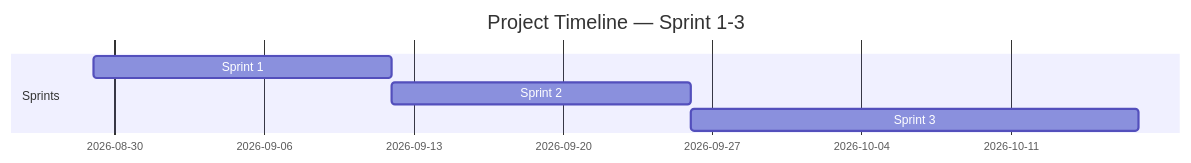
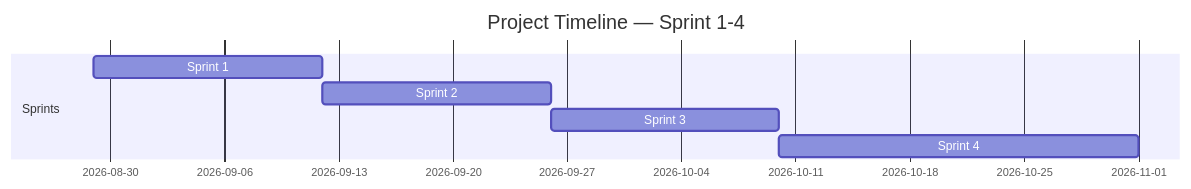
Before and after one commit to Sambopukkazz/DG225_CoreX: the diagram in docs/04_Agile/02-sprint-backlog.md, drawn with Mermaid. The commit also changed 7 other files, not shown here.

````diff
--- a/docs/04_Agile/02-sprint-backlog.md
+++ b/docs/04_Agile/02-sprint-backlog.md
@@ -14,10 +14,11 @@
 ```mermaid
 gantt
-    title Project Timeline — Sprint 1-3
+    title Project Timeline — Sprint 1-4
     dateFormat  YYYY-MM-DD
     section Sprints
     Sprint 1 :s1, 2026-08-29, 14d
     Sprint 2 :s2, after s1, 14d
-    Sprint 3 :s3, after s2, 21d
+    Sprint 3 :s3, after s2, 14d
+    Sprint 4 :s4, after s3, 22d
 
 ```
````
